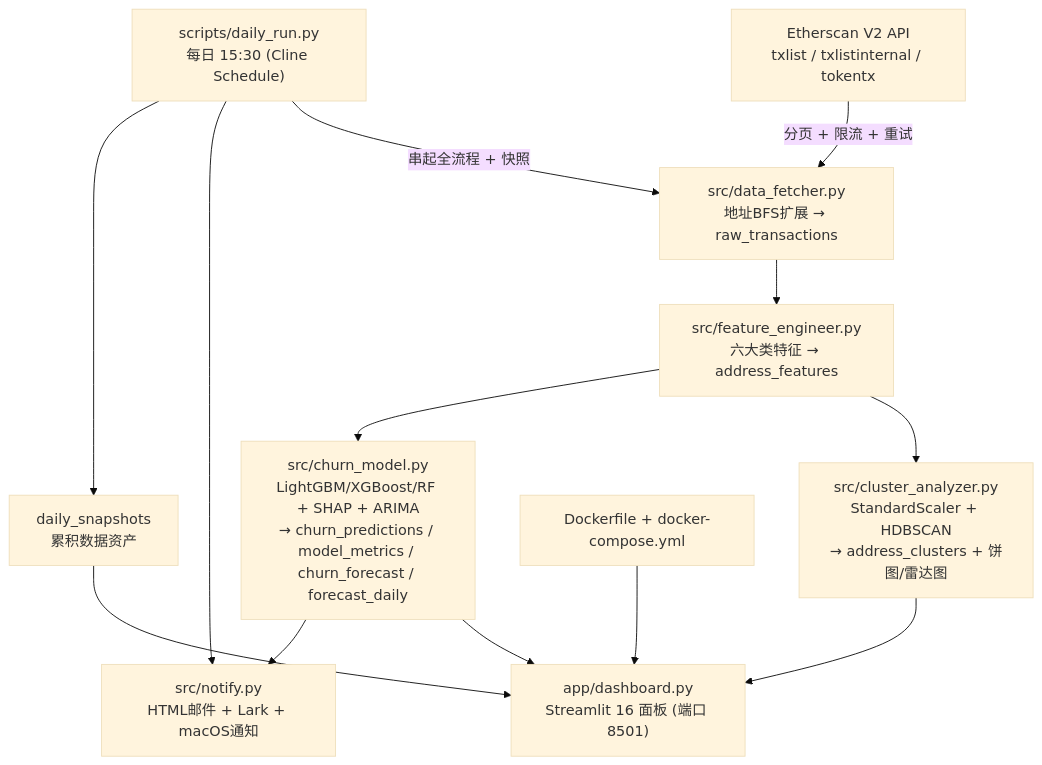
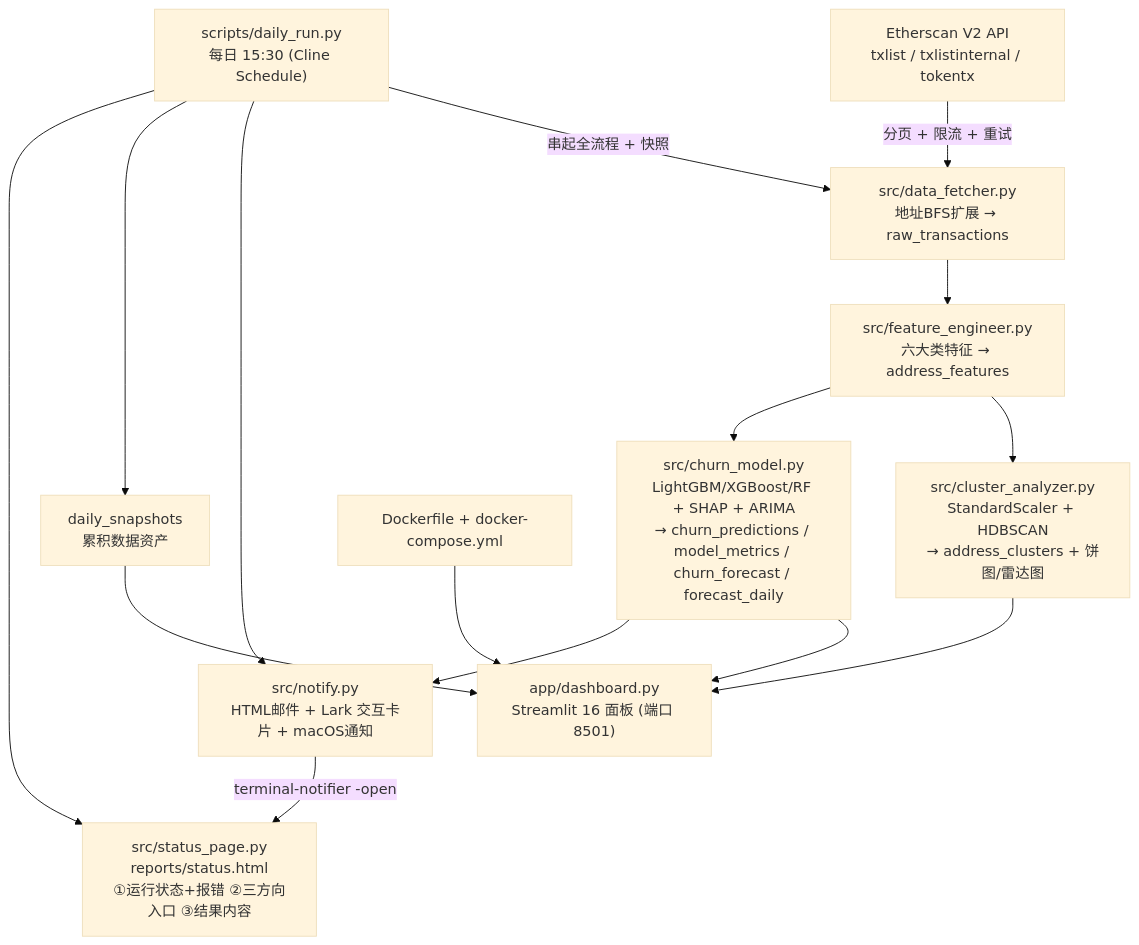
Before and after one commit to DingBangBang/crypto_churn_prediction_project: the diagram in README.md, drawn with Mermaid (base theme). The commit also changed other lines of this file and 11 other files, not shown here.

````diff
--- a/README.md
+++ b/README.md
@@ -23,15 +35,17 @@
 ```mermaid
 flowchart TD
     A["Etherscan V2 API<br/>txlist / txlistinternal / tokentx"] -->|"分页 + 限流 + 重试"| B["src/data_fetcher.py<br/>地址BFS扩展 → raw_transactions"]
     B --> C["src/feature_engineer.py<br/>六大类特征 → address_features"]
     C --> D["src/cluster_analyzer.py<br/>StandardScaler + HDBSCAN<br/>→ address_clusters + 饼图/雷达图"]
     C --> E["src/churn_model.py<br/>LightGBM/XGBoost/RF + SHAP + ARIMA<br/>→ churn_predictions / model_metrics / churn_forecast / forecast_daily"]
     D --> F["app/dashboard.py<br/>Streamlit 16 面板 (端口 8501)"]
     E --> F
-    E --> G["src/notify.py<br/>HTML邮件 + Lark + macOS通知"]
+    E --> G["src/notify.py<br/>HTML邮件 + Lark 交互卡片 + macOS通知"]
     H["scripts/daily_run.py<br/>每日 15:30 (Cline Schedule)"] -->|"串起全流程 + 快照"| B
     H --> G
     H --> I["daily_snapshots<br/>累积数据资产"]
+    H --> K["src/status_page.py<br/>reports/status.html<br/>①运行状态+报错 ②三方向入口 ③结果内容"]
+    G -->|"terminal-notifier -open"| K
     I --> F
     J["Dockerfile + docker-compose.yml"] --> F
 ```
````
